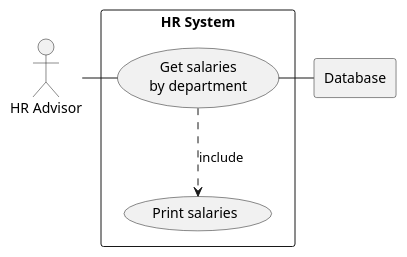
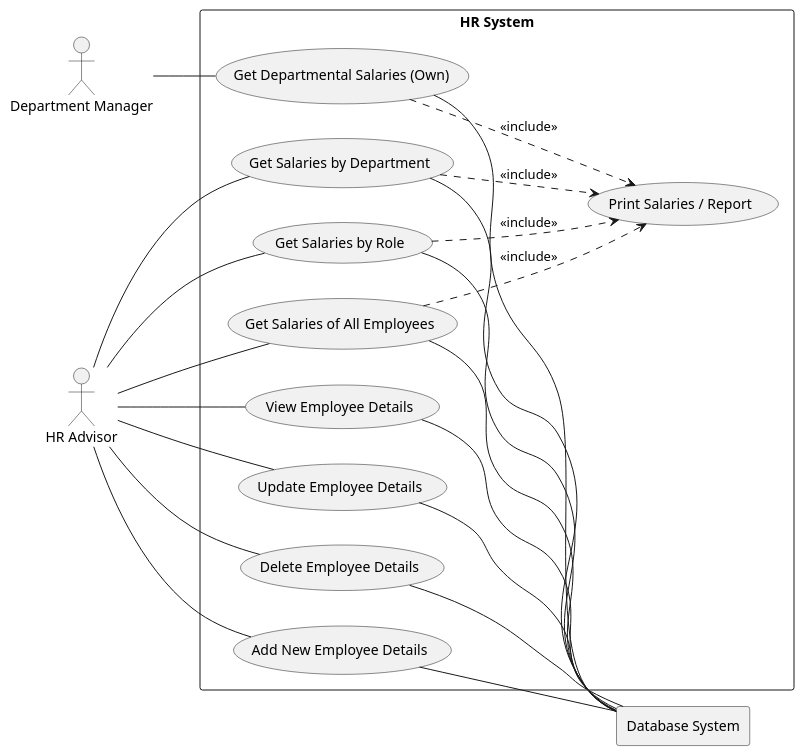
The diagram in use-cases/HR System.puml (edinburgh-napier-devops/devops), drawn with PlantUML before and after one commit. The commit also changed other lines of this file, not shown here.

Commit message:
Updated Use Case's UML.

```diff
--- a/use-cases/HR System.puml
+++ b/use-cases/HR System.puml
@@ -20,18 +1,53 @@
 @startuml
 
+left to right direction
+
 actor HR as "HR Advisor"
-
-rectangle Database
+actor DM as "Department Manager"
 
 rectangle "HR System" {
-    usecase UC2 as "Get salaries
-    by department"
+    ' Salary Reporting Use Cases
+    usecase UC1 as "Get Salaries of All Employees"
+    usecase UC2 as "Get Salaries by Department"
+    usecase UC3 as "Get Departmental Salaries (Own)"
+    usecase UC4 as "Get Salaries by Role"
+    usecase UCa as "Print Salaries / Report"
 
-    usecase UCa as "Print salaries"
+    ' Employee Management Use Cases
+    usecase UC5 as "Add New Employee Details"
+    usecase UC6 as "View Employee Details"
+    usecase UC7 as "Update Employee Details"
+    usecase UC8 as "Delete Employee Details"
 
-    HR - UC2
-    UC2 ..> UCa : include
-    UC2 - Database
+    ' HR Advisor Connections
+    HR -- UC1
+    HR -- UC2
+    HR -- UC4
+    HR -- UC5
+    HR -- UC6
+    HR -- UC7
+    HR -- UC8
+
+    ' Department Manager Connections
+    DM -- UC3
+
+    ' Include relationships for printing reports
+    UC1 ..> UCa : <<include>>
+    UC2 ..> UCa : <<include>>
+    UC3 ..> UCa : <<include>>
+    UC4 ..> UCa : <<include>>
 }
 
+rectangle Database as "Database System"
+
+' All data-driven use cases interact with the database backend
+UC1 -- Database
+UC2 -- Database
+UC3 -- Database
+UC4 -- Database
+UC5 -- Database
+UC6 -- Database
+UC7 -- Database
+UC8 -- Database
+
 @enduml
```
